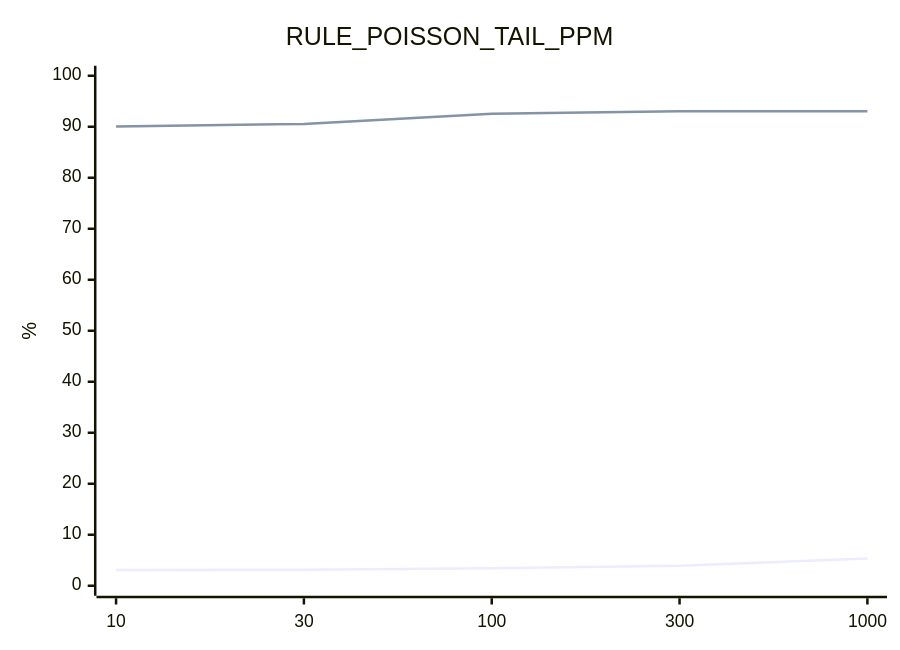
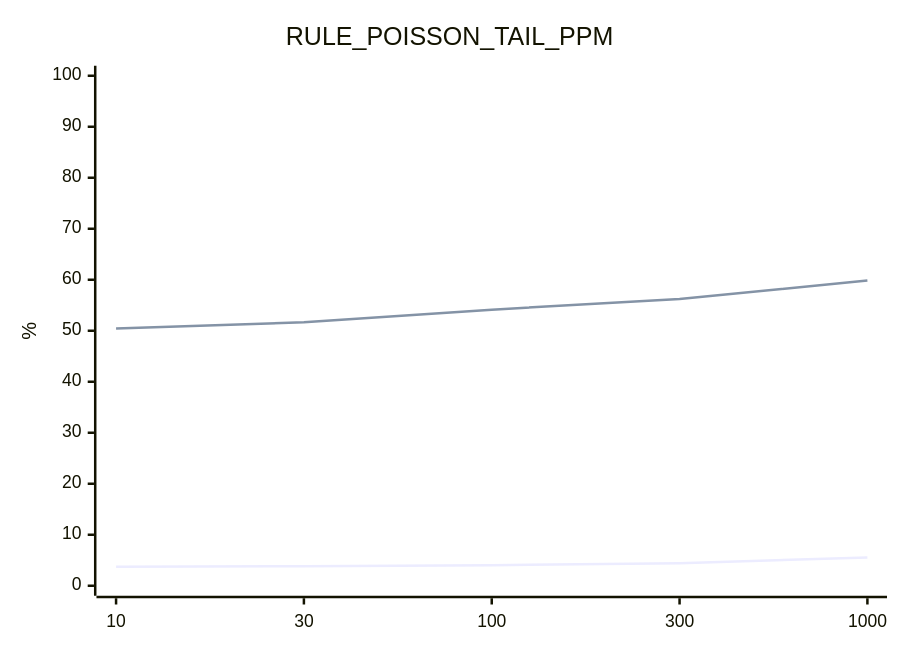
One commit to phprestes/Hackathon-Anti-Fraud-Pix changed the third of 4 diagrams in docs/05-motor/analises.md. Above: the diagram before and after it, drawn with Mermaid. The commit also changed other lines of this file and 18 other files, not shown here.

````diff
--- a/docs/05-motor/analises.md
+++ b/docs/05-motor/analises.md
@@ -144,8 +146,8 @@
 ```mermaid
 xychart-beta
     title "RULE_POISSON_TAIL_PPM"
     x-axis ["10", "30", "100", "300", "1000"]
     y-axis "%" 0 --> 100
-    line [3.07, 3.14, 3.45, 3.90, 5.36]
-    line [90.05, 90.55, 92.54, 93.03, 93.03]
+    line [3.75, 3.82, 4.02, 4.42, 5.55]
+    line [50.43, 51.67, 54.13, 56.23, 59.86]
 ```
````
